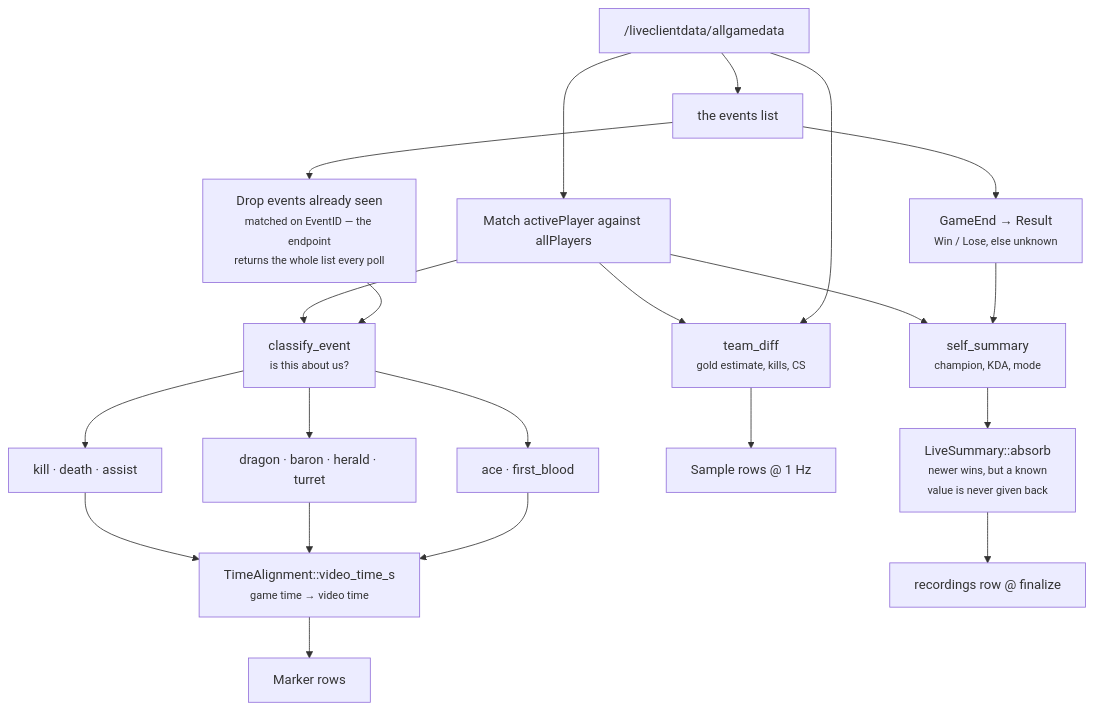
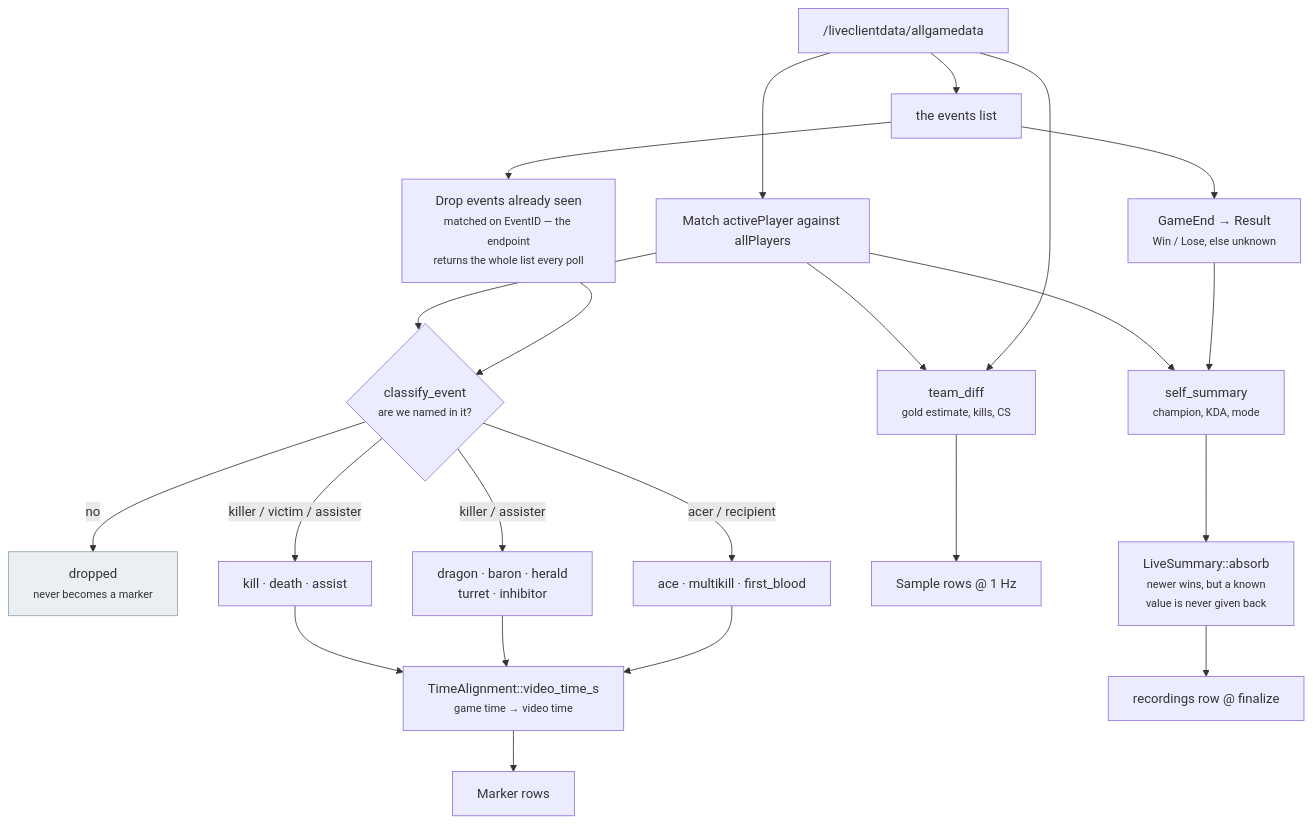
One commit to NinjaGoldfinch/ninja-recorder changed the third of 5 diagrams in docs/recording-pipeline.md. Above: the diagram before and after it, drawn with Mermaid. The commit also changed other lines of this file and 6 other files, not shown here.

````diff
--- a/docs/recording-pipeline.md
+++ b/docs/recording-pipeline.md
@@ -130,23 +130,25 @@
 ```mermaid
 flowchart TB
     SNAP["/liveclientdata/allgamedata"] --> ID["Match activePlayer against allPlayers"]
     SNAP --> EV["the events list"]
     ID --> CL
     EV --> DEDUP["Drop events already seen<br/><small>matched on EventID — the endpoint<br/>returns the whole list every poll</small>"]
-    DEDUP --> CL["classify_event<br/><small>is this about us?</small>"]
-    CL --> K["kill · death · assist"]
-    CL --> O["dragon · baron · herald · turret"]
-    CL --> M["ace · first_blood"]
+    DEDUP --> CL{"classify_event<br/><small>are we named in it?</small>"}
+    CL -->|"no"| DROP["dropped<br/><small>never becomes a marker</small>"]
+    CL -->|"killer / victim / assister"| K["kill · death · assist"]
+    CL -->|"killer / assister"| O["dragon · baron · herald<br/>turret · inhibitor"]
+    CL -->|"acer / recipient"| M["ace · multikill · first_blood"]
     K --> AL
     O --> AL
     M --> AL
+    style DROP fill:#eceff1,stroke:#90a4ae
     AL["TimeAlignment::video_time_s<br/><small>game time → video time</small>"] --> MK["Marker rows"]
     ID --> TD["team_diff<br/><small>gold estimate, kills, CS</small>"]
     SNAP --> TD
     TD --> SM["Sample rows @ 1 Hz"]
     ID --> SS["self_summary<br/><small>champion, KDA, mode</small>"]
     EV --> GE["GameEnd → Result<br/><small>Win / Lose, else unknown</small>"]
     GE --> SS
     SS --> ABS["LiveSummary::absorb<br/><small>newer wins, but a known<br/>value is never given back</small>"]
     ABS --> ROW["recordings row @ finalize"]
 ```
````
